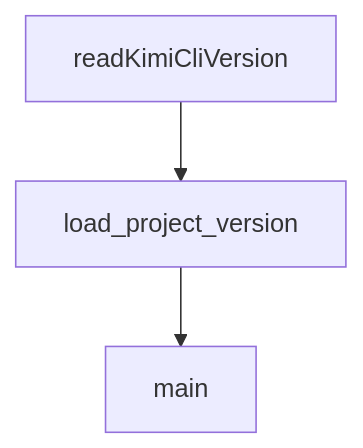
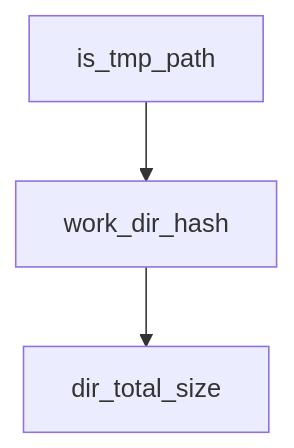
One commit to johnxie/awesome-code-docs changed the diagram in tutorials/kimi-cli-tutorial/01-getting-started.md. Above: the diagram before and after it, drawn with Mermaid. The commit also changed other lines of this file and 1232 other files, not shown here.

````diff
--- a/tutorials/kimi-cli-tutorial/01-getting-started.md
+++ b/tutorials/kimi-cli-tutorial/01-getting-started.md
@@ -181,8 +179,8 @@
 ```mermaid
 flowchart TD
-    A[readKimiCliVersion]
-    B[load_project_version]
-    C[main]
+    A[is_tmp_path]
+    B[work_dir_hash]
+    C[dir_total_size]
     A --> B
     B --> C
 ```
````
